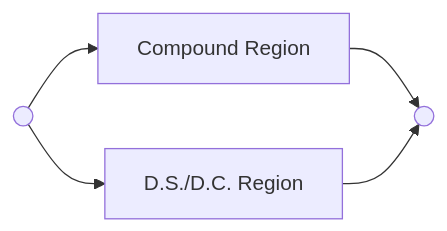
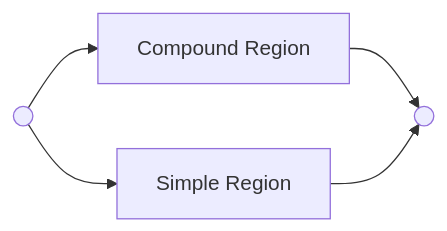
Before and after one commit to ruimo/klavier-core: the first of 8 diagrams in docs/repeat/structure.md, drawn with Mermaid. The commit also changed other lines of this file and 16 other files, not shown here.

````diff
--- a/docs/repeat/structure.md
+++ b/docs/repeat/structure.md
@@ -14,5 +15,5 @@
 ``` mermaid
 graph LR
   S(( )) --> CR[Compound Region] --> E(( ));
-  S --> DS[D.S./D.C. Region] --> E;
+  S --> DS[Simple Region] --> E;
 ```
````
